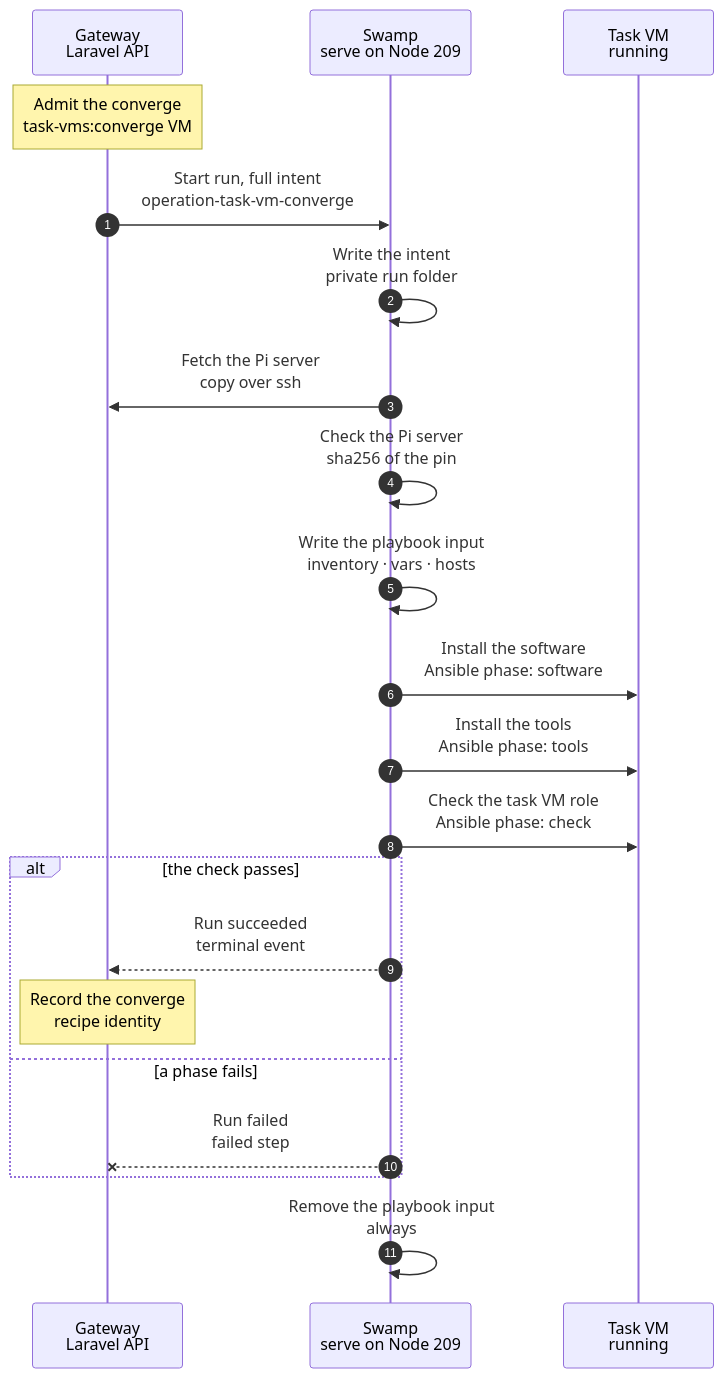
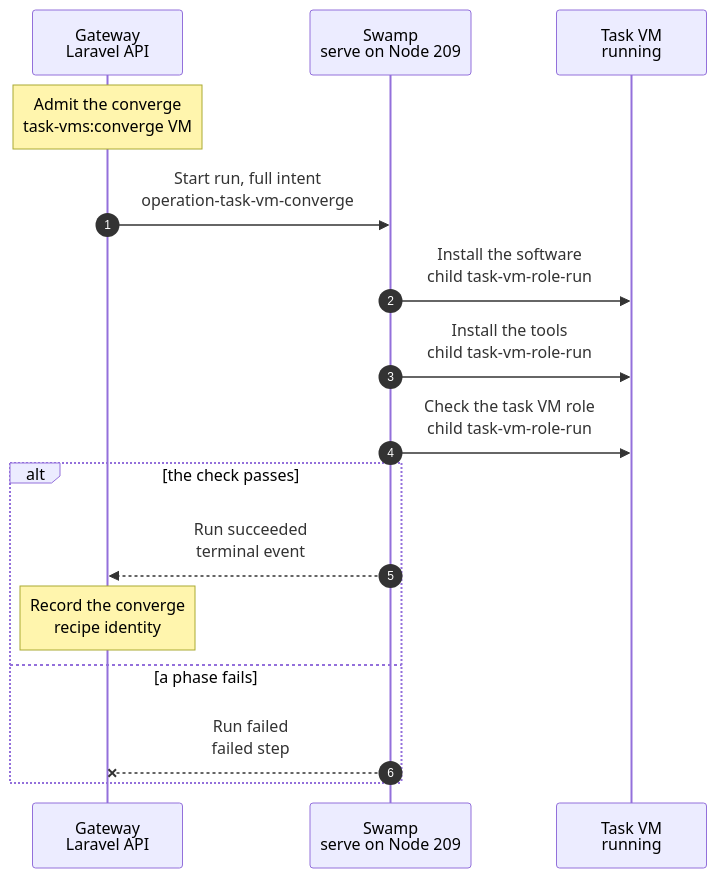
One commit to hardimpactdev/orbit changed the diagram in docs/cli/tasks/vm-converge.mmd. Above: the diagram before and after it, drawn with Mermaid. The commit also changed 1 other file, not shown here.

Commit message:
Chart: the converge runs the task VM role phases through one child
The converge chart shows one step, Run the task VM role phases, that calls the child shared with the image builds. The run folder, the Pi copy, the three phases and the cleanup belong to the child. The kind leaves flows-migrated.txt until the workflow matches.

```diff
--- a/docs/cli/tasks/vm-converge.mmd
+++ b/docs/cli/tasks/vm-converge.mmd
@@ -1,59 +1,49 @@
 sequenceDiagram
   %% Target design: the task VM role phases (software, tools, check), the same Ansible phases that build the task image (docs/cli/tasks/vm-image-build.mmd), applied to a running task VM. Stage 2 of the command development pipeline runs it once when a change holds playbooks or pins; stage 6 runs it on the refresh VM.
   %% status: draft
   %% command: none · task-vms:converge on the Gateway host
   %% kind: task_vm.converge
   autonumber
   %% lane GW icon=gateway pill=intent tone=blue
   %% lane SW icon=workflow pill=executes tone=green
   %% lane VM icon=server pill=target tone=purple
   participant GW as Gateway<br/>Laravel API
   participant SW as Swamp<br/>serve on Node 209
   participant VM as Task VM<br/>running
   Note over GW: Admit the converge<br/>task-vms:converge VM
   %%> When:
   %%> - `php artisan task-vms:converge VM [--nfs-checkout=PATH --nfs-subnet=CIDR --nfs-interface=nested]`
   %%> Requirements:
   %%> - the task VM is `ready` and its guest Node is active with a recorded SSH host key
   %%> - no other Operation holds the VM (`operation.target_busy`)
   %%> Builds:
   %%> - the recipe.json of the release, the Vite+ lock, the VM's SSH target with its host key, and the Pi server digest with its place on the Gateway host
   %%> - the NFS settings when named: the checkout to export, the nested subnet and the nested bridge
   GW->>SW: Start run, full intent<br/>operation-task-vm-converge
-  SW->>SW: Write the intent<br/>private run folder
-  %%> What it does:
-  %%> - writes the intent to a private file and locates the shipped playbooks
-  SW->>GW: Fetch the Pi server<br/>copy over ssh
-  %%> What it does:
-  %%> - copies the Pi server from the Gateway host to the run folder on 209
-  %%> Why:
-  %%> - Pi is an internal artifact, not a download; the playbook copies it on to the VM only when the VM's copy differs from the pin
-  SW->>SW: Check the Pi server<br/>sha256 of the pin
-  SW->>SW: Write the playbook input<br/>inventory · vars · hosts
-  %%> What it does:
-  %%> - writes the inventory, the variables and `known_hosts` from the intent; the VM's host key is the recorded one
-  SW->>VM: Install the software<br/>Ansible phase: software
+  SW->>VM: Install the software<br/>child task-vm-role-run
+  %%> The child:
+  %%> - one child workflow, `task-vm-role-run`, runs phases of the task VM role on a guest; the image builds of Incus and UpCloud use it too, and the three steps of this chart call it once per phase
+  %%> - it writes the intent to a private run folder, writes the inventory, the variables and `known_hosts` (the VM's host key is the recorded one), runs `ansible-playbook` for the phases it is given under one literal `timeout`, and removes the run folder whatever the result
+  %%> Pi:
+  %%> - this first call also copies the Pi server from the Gateway host to 209 and checks its SHA-256; Pi is an internal artifact, not a download, and the playbook copies it on to the VM only when the VM's copy differs from the pin
   %%> What it does:
   %%> - apt packages at the pins of the recipe, from the Ubuntu snapshot through their own apt configuration
   %%> - Node, pnpm, Bun and Vite+, Rust, the Swamp binary and the Pi server
   %%> - a tool that already shows its pinned version is left alone, so a VM at the pins reports no change
-  SW->>VM: Install the tools<br/>Ansible phase: tools
+  SW->>VM: Install the tools<br/>child task-vm-role-run
   %%> What it does:
   %%> - the NFS server; with NFS settings it exports the checkout to the nested subnet only (`rw,async`) and allows port 2049 from the nested bridge in UFW
   %%> - the shape gate linters in `/opt/orbit-shape-gate`, named by the digest of their pins, so the handoff check runs offline
-  SW->>VM: Check the task VM role<br/>Ansible phase: check
+  SW->>VM: Check the task VM role<br/>child task-vm-role-run
   %%> What it does:
   %%> - the one end check: every package at its pin, every runtime and tool at its version, the NFS server active, the exports as named
   alt the check passes
     SW-->>GW: Run succeeded<br/>terminal event
     %%> How the Gateway learns it:
     %%> - its shared run reader sees the terminal event and the end check's status; Swamp never calls the Gateway
     Note over GW: Record the converge<br/>recipe identity
   else a phase fails
     SW--xGW: Run failed<br/>failed step
     %%> On the VM:
     %%> - finished phases stay; there is no rollback. Run the same command again: each phase skips what matches
   end
-  SW->>SW: Remove the playbook input<br/>always
-  %%> Why:
-  %%> - the intent and the Pi copy do not outlive the run, whatever its result
```
